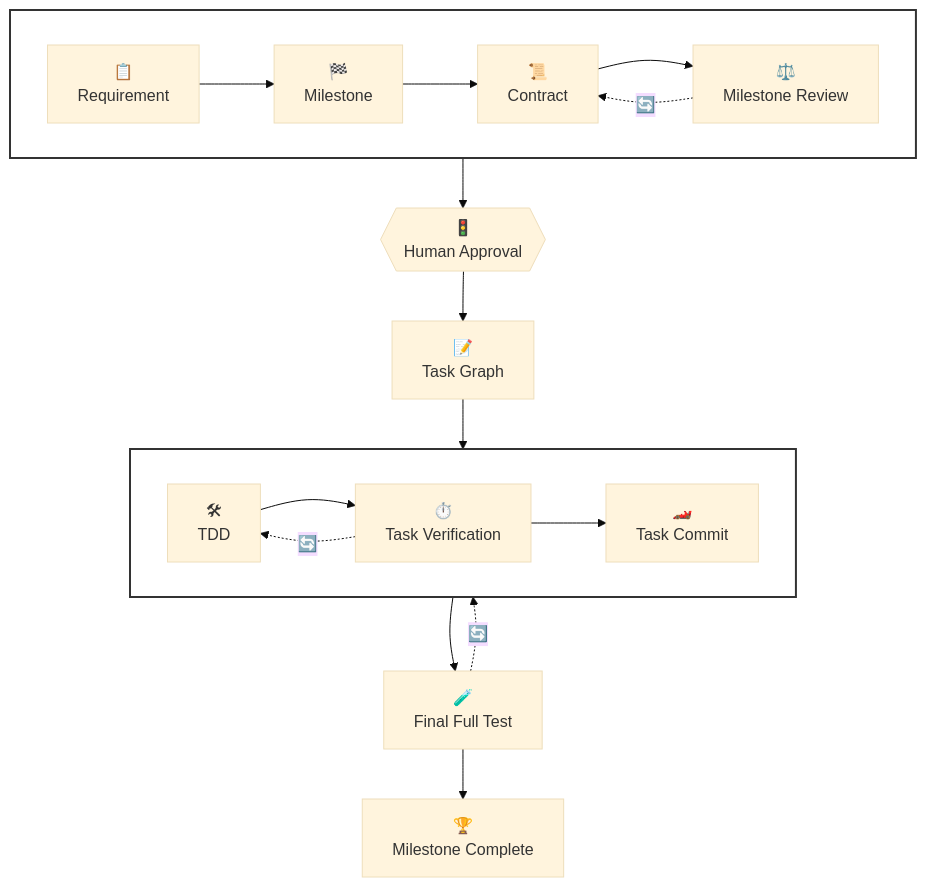
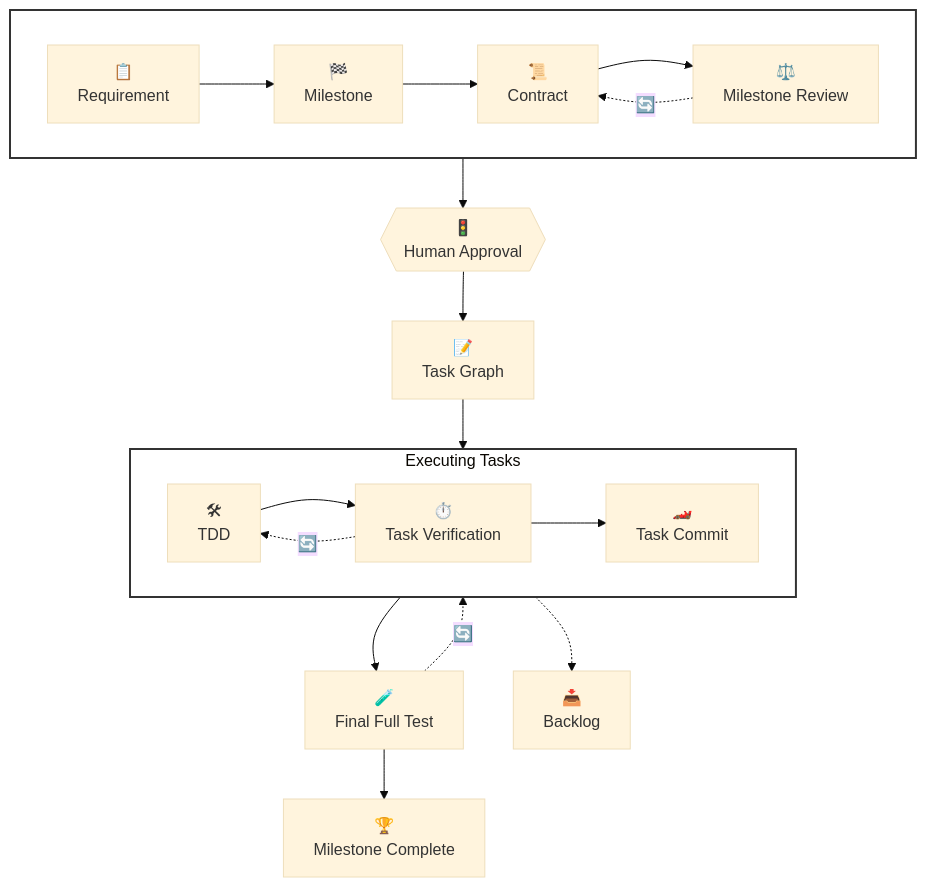
One commit to thixpin/pitway changed the diagram in docs/assets/workflow.mmd. Above: the diagram before and after it, drawn with Mermaid (base theme). The commit also changed 4 other files, not shown here.

```diff
--- a/docs/assets/workflow.mmd
+++ b/docs/assets/workflow.mmd
@@ -1,30 +1,32 @@
 flowchart TD
 
     subgraph PLAN[" "]
         direction LR
         A["📋<br/>Requirement"] --> B["🏁<br/>Milestone"]
         B --> C["📜<br/>Contract"]
         C --> R["⚖️<br/>Milestone Review"]
         R -. 🔄 .-> C
     end
 
     PLAN --> D{{"🚦<br/>Human Approval"}}
     D --> E["📝<br/>Task Graph"]
 
-    subgraph EXECUTE[" "]
+    subgraph EXECUTE["Executing Tasks"]
         direction LR
         F["🛠<br/>TDD"]
         F --> G["⏱️<br/>Task Verification"]
         G --> H["🏎️<br/>Task Commit"]
     end
 
     EXECUTE --> I["🧪<br/>Final Full Test"]
     I --> J["🏆<br/>Milestone Complete"]
 
+    EXECUTE .-> BL["📥<br/>Backlog"]
+
 
     G -. 🔄 .-> F
     E --> EXECUTE
     I -. 🔄 .-> EXECUTE
 
     style PLAN fill:none,stroke:#333,stroke-width:2px
     style EXECUTE fill:none,stroke:#333,stroke-width:2px
```
